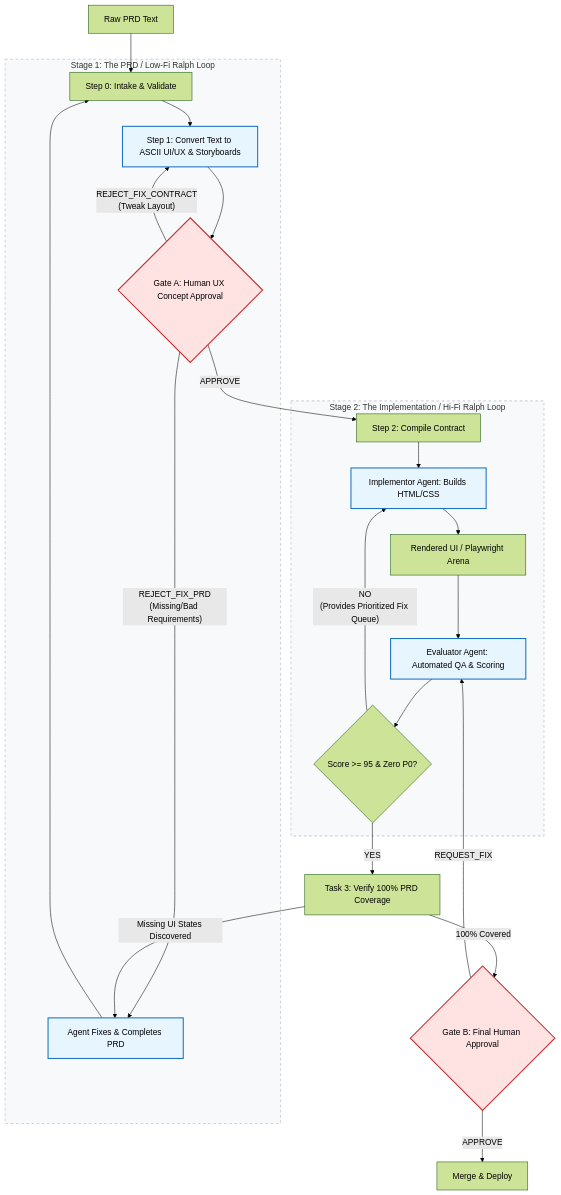
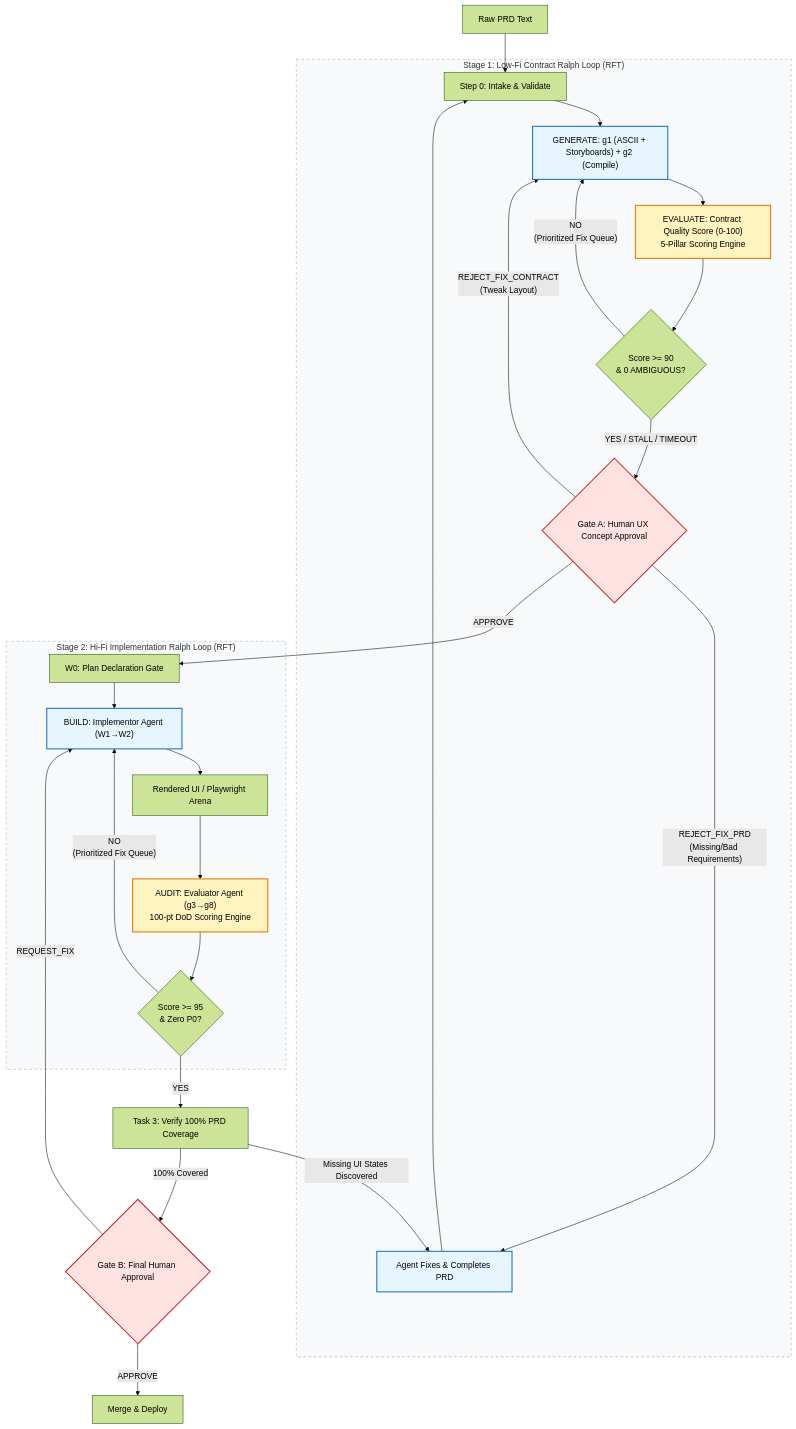
The diagram in docs/researches/spikes/spike-design-system-ralph-loop-agent.md (duyhunghd6/gmind), drawn with Mermaid (forest theme) before and after one commit. The commit also changed other lines of this file and 5 other files, not shown here.

````diff
--- a/docs/researches/spikes/spike-design-system-ralph-loop-agent.md
+++ b/docs/researches/spikes/spike-design-system-ralph-loop-agent.md
@@ -178,38 +184,43 @@
 ```mermaid
 graph TD
     classDef stage fill:#f8f9fa,stroke:#ced4da,stroke-width:2px,stroke-dasharray: 5 5;
     classDef gate fill:#ffe3e3,stroke:#c92a2a,stroke-width:2px;
     classDef agent fill:#e7f5ff,stroke:#1971c2,stroke-width:2px;
+    classDef score fill:#fff3bf,stroke:#e67700,stroke-width:2px;
 
     RawPRD[Raw PRD Text] --> G0[Step 0: Intake & Validate]
-    
-    subgraph Stage1 [Stage 1: The PRD / Low-Fi Ralph Loop]
-        G0 --> G1[Step 1: Convert Text to ASCII UI/UX & Storyboards]:::agent
-        G1 --> GateA{Gate A: Human UX Concept Approval}:::gate
-        
-        GateA -- "REJECT_FIX_CONTRACT\n(Tweak Layout)" --> G1
+
+    subgraph Stage1 ["Stage 1: Low-Fi Contract Ralph Loop (RFT)"]
+        G0 --> Gen["GENERATE: g1 (ASCII + Storyboards) + g2 (Compile)"]:::agent
+        Gen --> S1Eval["EVALUATE: Contract Quality Score (0-100)\n5-Pillar Scoring Engine"]:::score
+        S1Eval --> S1Conv{"Score >= 90\n& 0 AMBIGUOUS?"}
+
+        S1Conv -- "NO\n(Prioritized Fix Queue)" --> Gen
+        S1Conv -- "YES / STALL / TIMEOUT" --> GateA{Gate A: Human UX Concept Approval}:::gate
+
+        GateA -- "REJECT_FIX_CONTRACT\n(Tweak Layout)" --> Gen
         GateA -- "REJECT_FIX_PRD\n(Missing/Bad Requirements)" --> PRDWriter[Agent Fixes & Completes PRD]:::agent
         PRDWriter --> G0
     end
-    
-    GateA -- "APPROVE" --> G2[Step 2: Compile Contract]
 
-    subgraph Stage2 [Stage 2: The Implementation / Hi-Fi Ralph Loop]
-        G2 --> Build[Implementor Agent: Builds HTML/CSS]:::agent
+    GateA -- "APPROVE" --> W0[W0: Plan Declaration Gate]
+
+    subgraph Stage2 ["Stage 2: Hi-Fi Implementation Ralph Loop (RFT)"]
+        W0 --> Build["BUILD: Implementor Agent (W1→W2)"]:::agent
         Build --> UI[Rendered UI / Playwright Arena]
-        UI --> Eval[Evaluator Agent: Automated QA & Scoring]:::agent
-        Eval --> Score{Score >= 95 & Zero P0?}
-        
-        Score -- "NO\n(Provides Prioritized Fix Queue)" --> Build
+        UI --> Eval["AUDIT: Evaluator Agent (g3→g8)\n100-pt DoD Scoring Engine"]:::score
+        Eval --> Score{"Score >= 95\n& Zero P0?"}
+
+        Score -- "NO\n(Prioritized Fix Queue)" --> Build
     end
-    
+
     Score -- "YES" --> AutoQA[Task 3: Verify 100% PRD Coverage]
-    
+
     AutoQA -- "Missing UI States Discovered" --> PRDWriter
-    
+
     AutoQA -- "100% Covered" --> GateB{Gate B: Final Human Approval}:::gate
-    GateB -- "REQUEST_FIX" --> Eval
+    GateB -- "REQUEST_FIX" --> Build
     GateB -- "APPROVE" --> Merge[Merge & Deploy]
-    
+
     class Stage1,Stage2 stage;
 ```
````
